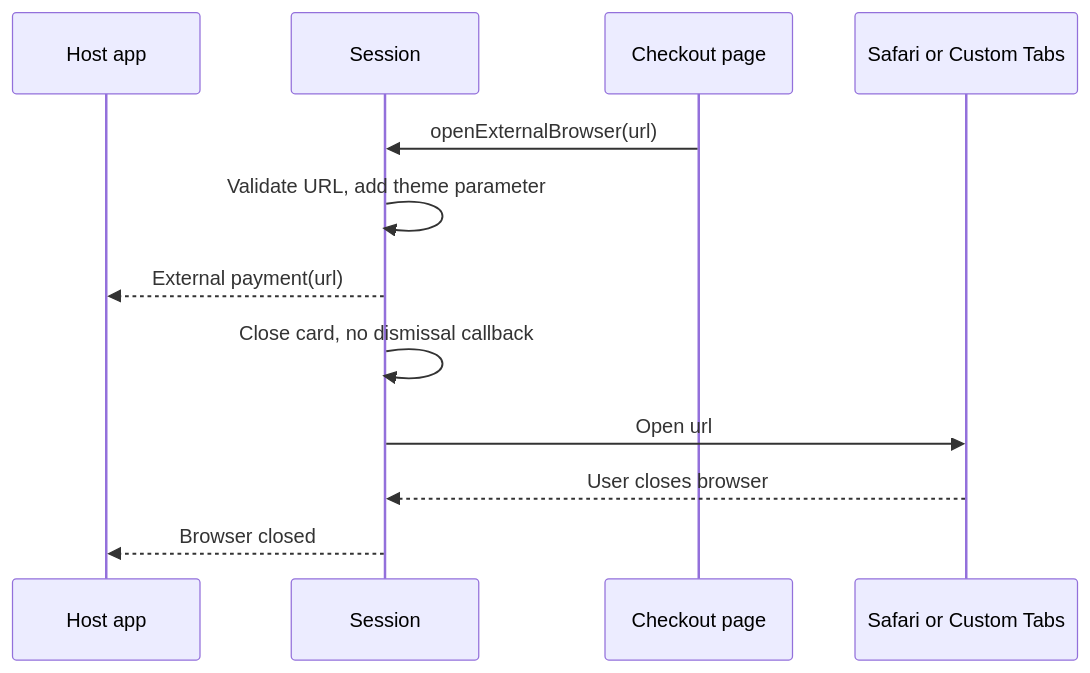
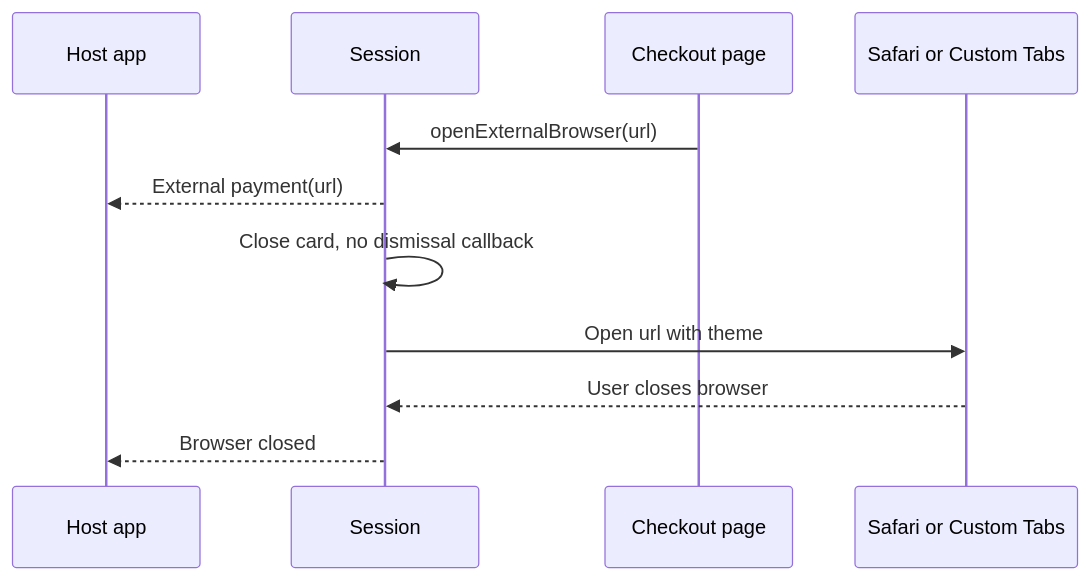
Before and after one commit to stashgg/stash-native: the fourth of 4 diagrams in docs/architecture/index.md, drawn with Mermaid. The commit also changed other lines of this file and 19 other files, not shown here.

First line of the commit message:
[docs] Restructure docs into Overview, Usage, and Platform Architecture

````diff
--- a/docs/architecture/index.md
+++ b/docs/architecture/index.md
@@ -116,15 +93,14 @@
 ```mermaid
 sequenceDiagram
     participant App as Host app
     participant Session
     participant Page as Checkout page
     participant Browser as Safari or Custom Tabs
 
     Page->>Session: openExternalBrowser(url)
-    Session->>Session: Validate URL, add theme parameter
     Session-->>App: External payment(url)
     Session->>Session: Close card, no dismissal callback
-    Session->>Browser: Open url
+    Session->>Browser: Open url with theme
     Browser-->>Session: User closes browser
     Session-->>App: Browser closed
 ```
````
